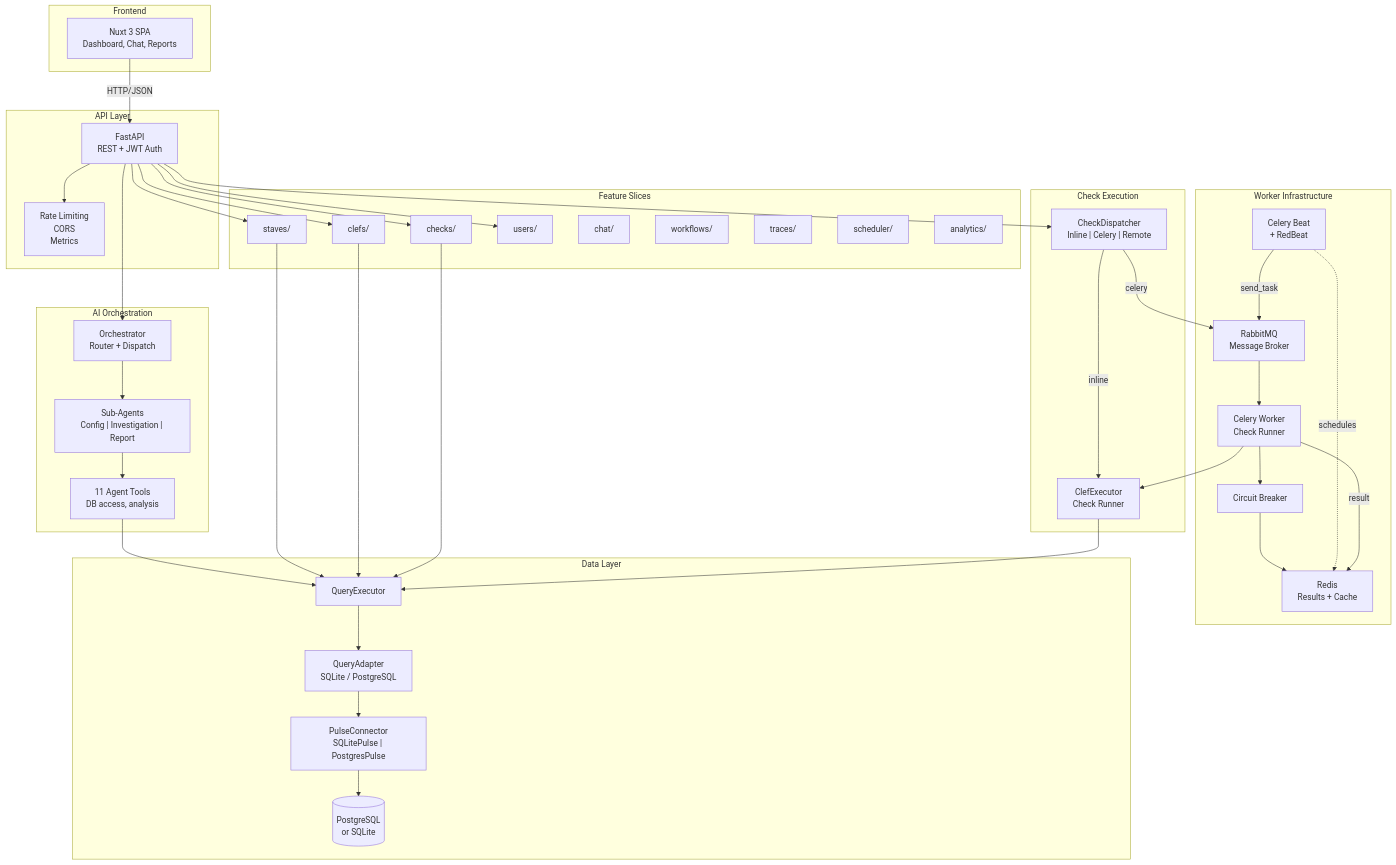
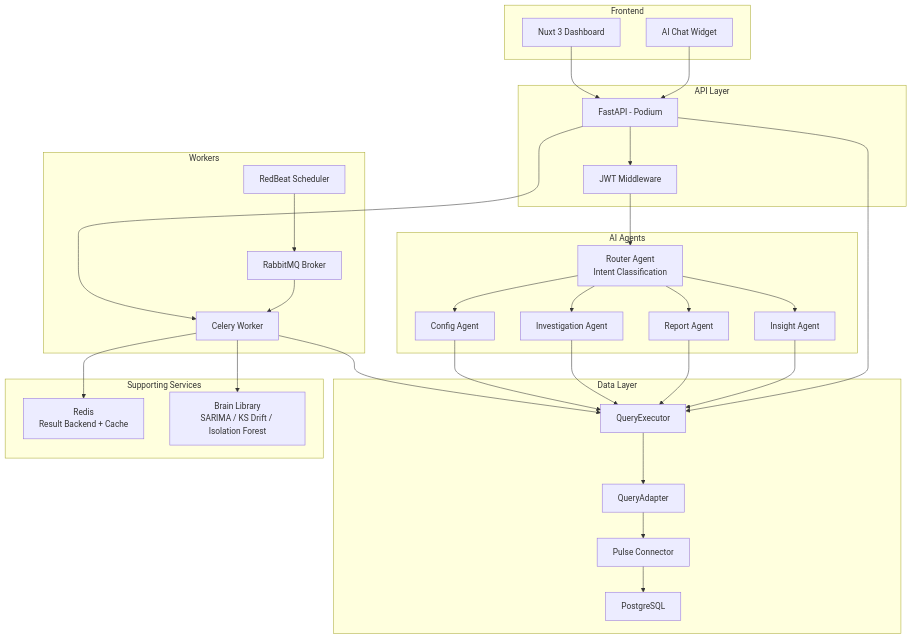
The first of 3 diagrams in docs/architecture.md (TheDataMaestros/datametronome), drawn with Mermaid before and after one commit. The commit also changed other lines of this file and 28 other files, not shown here.

````diff
--- a/docs/architecture.md
+++ b/docs/architecture.md
@@ -25,72 +26,61 @@
 ```mermaid
 graph TB
     subgraph "Frontend"
-        UI["Nuxt 3 SPA<br/>Dashboard, Chat, Reports"]
+        UI[Nuxt 3 Dashboard]
+        ChatWidget[AI Chat Widget]
     end
 
     subgraph "API Layer"
-        FASTAPI["FastAPI<br/>REST + JWT Auth"]
-        MIDDLEWARE["Rate Limiting<br/>CORS<br/>Metrics"]
+        FastAPI[FastAPI - Podium]
+        Auth[JWT Middleware]
     end
 
-    subgraph "AI Orchestration"
-        ORCH["Orchestrator<br/>Router + Dispatch"]
-        AGENTS["Sub-Agents<br/>Config | Investigation | Report"]
-        TOOLS["11 Agent Tools<br/>DB access, analysis"]
+    subgraph "AI Agents"
+        Router[Router Agent<br/>Intent Classification]
+        Config[Config Agent]
+        Investigation[Investigation Agent]
+        Report[Report Agent]
+        Insight[Insight Agent]
     end
 
-    subgraph "Feature Slices"
-        STAVES["staves/"]
-        CLEFS["clefs/"]
-        CHECKS["checks/"]
-        USERS["users/"]
-        CHAT["chat/"]
-        WF["workflows/"]
-        TRACES["traces/"]
-        SCHED["scheduler/"]
-        ANALYTICS["analytics/"]
-    end
-
-    subgraph "Worker Infrastructure"
-        RMQ["RabbitMQ<br/>Message Broker"]
-        WORKER["Celery Worker<br/>Check Runner"]
-        BEAT["Celery Beat<br/>+ RedBeat"]
-        REDIS["Redis<br/>Results + Cache"]
-        CB["Circuit Breaker"]
-    end
-
-    subgraph "Check Execution"
-        DISPATCHER["CheckDispatcher<br/>Inline | Celery | Remote"]
-        EXECUTOR["ClefExecutor<br/>Check Runner"]
+    subgraph "Workers"
+        Celery[Celery Worker]
+        Beat[RedBeat Scheduler]
+        RabbitMQ[RabbitMQ Broker]
     end
 
     subgraph "Data Layer"
-        QE["QueryExecutor"]
-        QA["QueryAdapter<br/>SQLite / PostgreSQL"]
-        PULSE["PulseConnector<br/>SQLitePulse | PostgresPulse"]
-        DB[("PostgreSQL<br/>or SQLite")]
+        QE[QueryExecutor]
+        QA[QueryAdapter]
+        Pulse[Pulse Connector]
+        PG[PostgreSQL]
     end
 
-    UI -->|HTTP/JSON| FASTAPI
-    FASTAPI --> MIDDLEWARE
-    FASTAPI --> ORCH
-    FASTAPI --> STAVES & CLEFS & CHECKS & USERS
-    ORCH --> AGENTS
-    AGENTS --> TOOLS
-    TOOLS --> QE
-    STAVES & CLEFS & CHECKS --> QE
-    FASTAPI --> DISPATCHER
-    DISPATCHER -->|inline| EXECUTOR
-    DISPATCHER -->|celery| RMQ
-    RMQ --> WORKER
-    WORKER --> EXECUTOR
-    WORKER --> CB
-    CB --> REDIS
-    BEAT -->|send_task| RMQ
-    BEAT -.->|schedules| REDIS
-    WORKER -->|result| REDIS
-    EXECUTOR --> QE
+    subgraph "Supporting Services"
+        Redis[Redis<br/>Result Backend + Cache]
+        Brain[Brain Library<br/>SARIMA / KS Drift / Isolation Forest]
+    end
+
+    UI --> FastAPI
+    ChatWidget --> FastAPI
+    FastAPI --> Auth
+    Auth --> Router
+    Router --> Config
+    Router --> Investigation
+    Router --> Report
+    Router --> Insight
+    FastAPI --> Celery
+    Beat --> RabbitMQ
+    RabbitMQ --> Celery
+    Celery --> QE
+    Config --> QE
+    Investigation --> QE
+    Report --> QE
+    Insight --> QE
+    FastAPI --> QE
     QE --> QA
-    QA --> PULSE
-    PULSE --> DB
+    QA --> Pulse
+    Pulse --> PG
+    Celery --> Brain
+    Celery --> Redis
 ```
````
